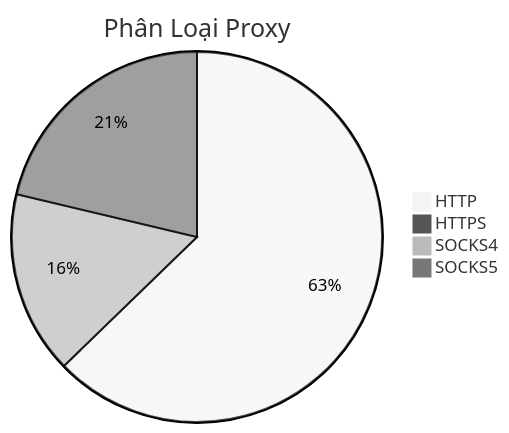
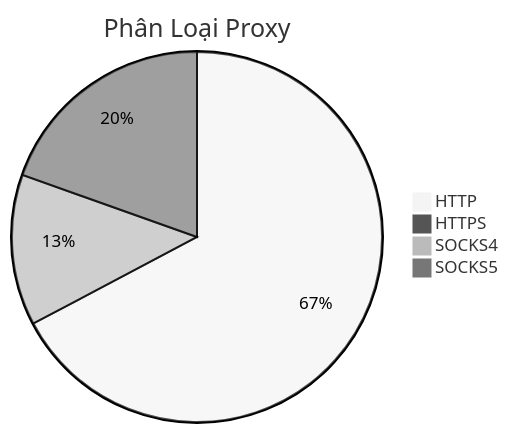
One commit to Ciara-12/PROXY-free changed the diagram in README.md. Above: the diagram before and after it, drawn with Mermaid (neutral theme). The commit also changed other lines of this file and 4 other files, not shown here.

````diff
--- a/README.md
+++ b/README.md
@@ -26,7 +26,7 @@
 ```mermaid
 pie title Phân Loại Proxy
-    "HTTP" : 896
-    "HTTPS" : 0
-    "SOCKS4" : 228
-    "SOCKS5" : 304
+    "HTTP" : 1128
+    "HTTPS" : 3
+    "SOCKS4" : 221
+    "SOCKS5" : 328
 ```
````
